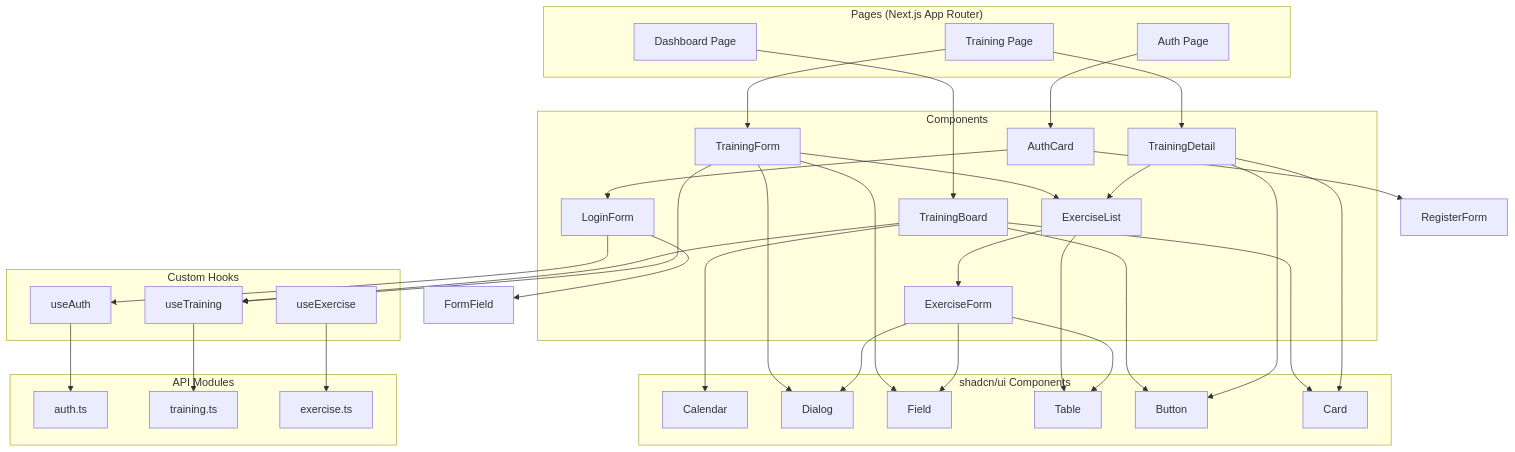
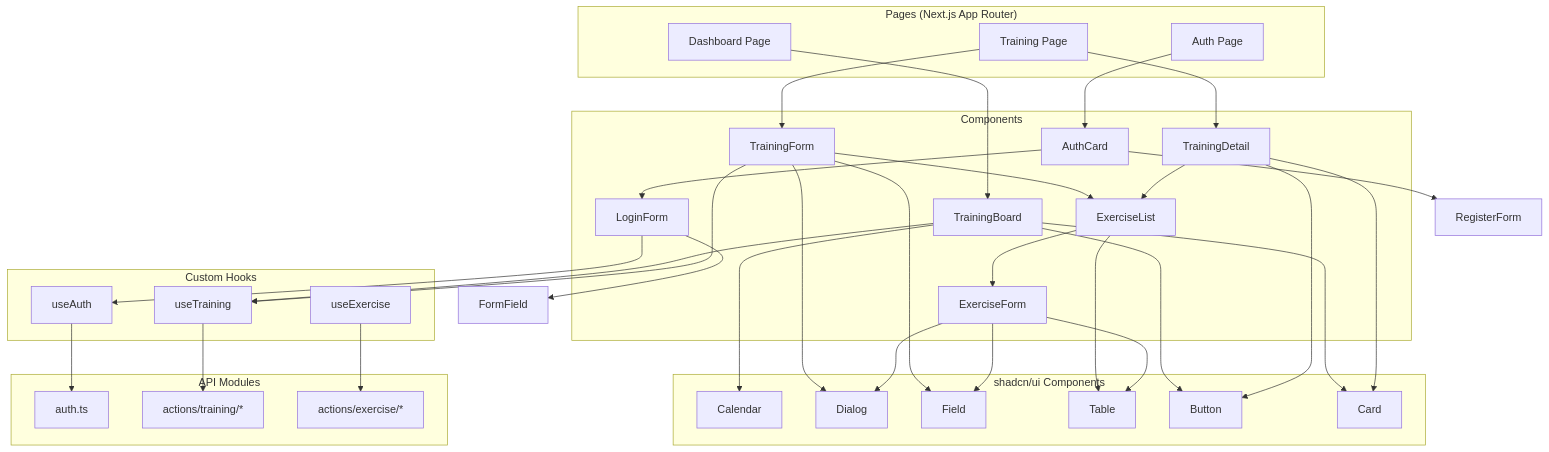
The sixth of 7 diagrams in docs/SDD.md (MaxKibets/votum_ferri), drawn with Mermaid before and after one commit. The commit also changed other lines of this file, not shown here.

````diff
--- a/docs/SDD.md
+++ b/docs/SDD.md
@@ -3715,74 +3793,74 @@
 ```mermaid
 graph TB
     subgraph Pages["Pages (Next.js App Router)"]
         DashboardPage["Dashboard Page"]
         TrainingPage["Training Page"]
         AuthPage["Auth Page"]
     end
 
     subgraph Components["Components"]
         TrainingBoard["TrainingBoard"]
         TrainingForm["TrainingForm"]
         TrainingDetail["TrainingDetail"]
         ExerciseList["ExerciseList"]
         ExerciseForm["ExerciseForm"]
         AuthCard["AuthCard"]
         LoginForm["LoginForm"]
     end
 
     subgraph UI["shadcn/ui Components"]
         Calendar["Calendar"]
         Dialog["Dialog"]
         Field["Field"]
         Table["Table"]
         Button["Button"]
         Card["Card"]
     end
 
     subgraph Hooks["Custom Hooks"]
         useAuth["useAuth"]
         useTraining["useTraining"]
         useExercise["useExercise"]
     end
 
     subgraph API["API Modules"]
         AuthAPI["auth.ts"]
-        TrainingAPI["training.ts"]
-        ExerciseAPI["exercise.ts"]
+        TrainingAPI["actions/training/*"]
+        ExerciseAPI["actions/exercise/*"]
     end
 
     DashboardPage --> TrainingBoard
     TrainingPage --> TrainingDetail
     TrainingPage --> TrainingForm
     AuthPage --> AuthCard
     AuthCard --> LoginForm
     AuthCard --> RegisterForm
 
     TrainingBoard --> Calendar
     TrainingBoard --> Card
     TrainingBoard --> Button
     TrainingBoard --> useTraining
 
     TrainingForm --> Dialog
     TrainingForm --> Field
     TrainingForm --> ExerciseList
     TrainingForm --> useTraining
 
     TrainingDetail --> Card
     TrainingDetail --> ExerciseList
     TrainingDetail --> Button
 
     ExerciseList --> Table
     ExerciseList --> ExerciseForm
 
     ExerciseForm --> Dialog
     ExerciseForm --> Field
     ExerciseForm --> Table
 
     LoginForm --> FormField
     LoginForm --> useAuth
 
     useAuth --> AuthAPI
     useTraining --> TrainingAPI
     useExercise --> ExerciseAPI
 ```
````
